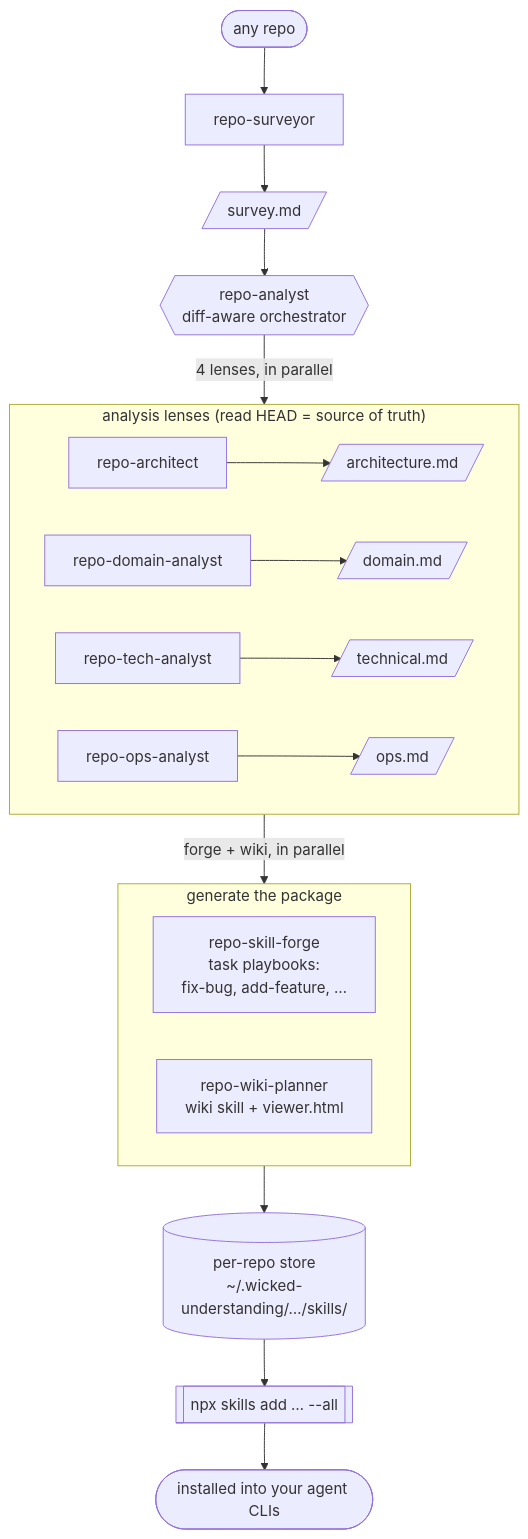
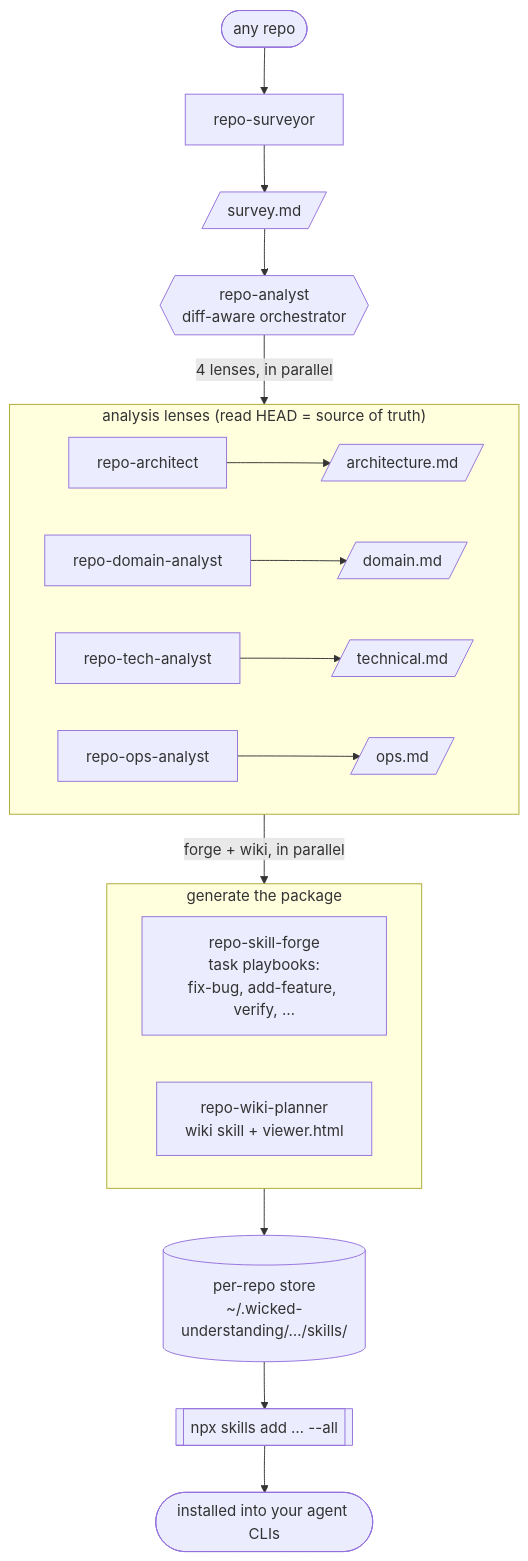
One commit to mikeparcewski/wicked-understanding changed the diagram in README.md. Above: the diagram before and after it, drawn with Mermaid. The commit also changed other lines of this file and 4 other files, not shown here.

First line of the commit message:
Add verify task skill (delivery gate) + complete the fair brain re-test

````diff
--- a/README.md
+++ b/README.md
@@ -90,26 +92,26 @@
 ```mermaid
 flowchart TD
     repo(["any repo"]) --> surveyor["repo-surveyor"]
     surveyor --> survey[/"survey.md"/]
     survey --> analyst{{"repo-analyst<br/>diff-aware orchestrator"}}
 
     analyst -->|"4 lenses, in parallel"| lenses
     subgraph lenses ["analysis lenses (read HEAD = source of truth)"]
         direction LR
         arch["repo-architect"] --> a1[/"architecture.md"/]
         dom["repo-domain-analyst"] --> a2[/"domain.md"/]
         tech["repo-tech-analyst"] --> a3[/"technical.md"/]
         ops["repo-ops-analyst"] --> a4[/"ops.md"/]
     end
 
     lenses -->|"forge + wiki, in parallel"| gen
     subgraph gen ["generate the package"]
         direction LR
-        forge["repo-skill-forge<br/>task playbooks:<br/>fix-bug, add-feature, …"]
+        forge["repo-skill-forge<br/>task playbooks:<br/>fix-bug, add-feature, verify, …"]
         wiki["repo-wiki-planner<br/>wiki skill + viewer.html"]
     end
 
     gen --> store[("per-repo store<br/>~/.wicked-understanding/…/skills/")]
     store --> install[["npx skills add … --all"]]
     install --> cli(["installed into your agent CLIs"])
 ```
````
